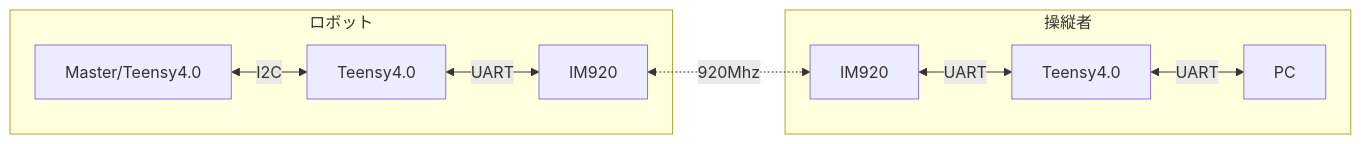
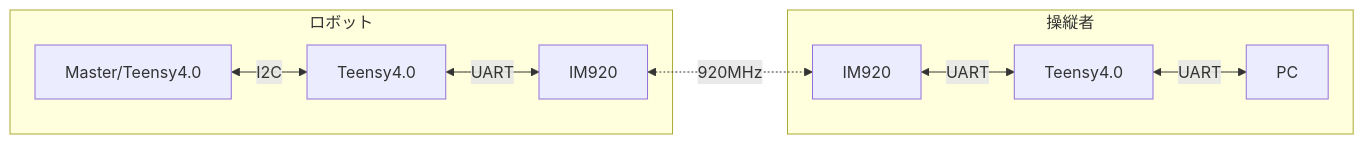
One commit to CaseyNelson314/Visualizer changed the first of 2 diagrams in README.md. Above: the diagram before and after it, drawn with Mermaid. The commit also changed other lines of this file, not shown here.

````diff
--- a/README.md
+++ b/README.md
@@ -61,9 +61,9 @@
 ```mermaid
 flowchart LR
 	subgraph ロボット
 	Master[Master/Teensy4.0] <--I2C--> MasterForwarding[Teensy4.0] <--UART--> MasterIM920[IM920]
 	end
 	subgraph 操縦者
-	MasterIM920 <-.920Mhz.-> ToPC[IM920] <--UART--> PCForwarding[Teensy4.0] <--UART--> PC
+	MasterIM920 <-.920MHz.-> ToPC[IM920] <--UART--> PCForwarding[Teensy4.0] <--UART--> PC
 	end
 ```
````
